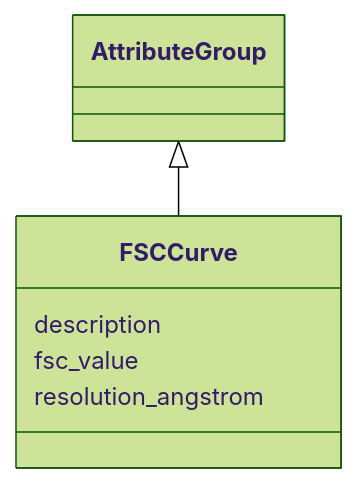
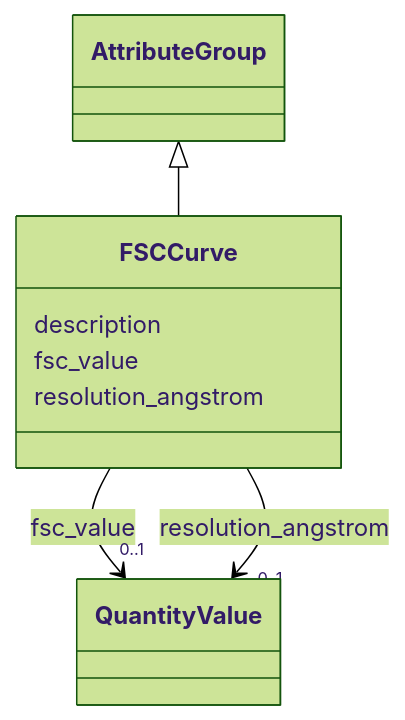
The diagram in docs/elements/FSCCurve.md (lambda-ber/lambda-ber-schema), drawn with Mermaid (forest theme) before and after one commit. The commit also changed other lines of this file and 404 other files, not shown here.

Commit message:
Update schema artifacts

````diff
--- a/docs/elements/FSCCurve.md
+++ b/docs/elements/FSCCurve.md
@@ -26,15 +26,33 @@
 ```mermaid
  classDiagram
     class FSCCurve
     click FSCCurve href "../FSCCurve/"
       AttributeGroup <|-- FSCCurve
         click AttributeGroup href "../AttributeGroup/"
       
       FSCCurve : description
         
       FSCCurve : fsc_value
         
+          
+    
+        
+        
+        FSCCurve --> "0..1" QuantityValue : fsc_value
+        click QuantityValue href "../QuantityValue/"
+    
+
+        
       FSCCurve : resolution_angstrom
+        
+          
+    
+        
+        
+        FSCCurve --> "0..1" QuantityValue : resolution_angstrom
+        click QuantityValue href "../QuantityValue/"
+    
+
         
       
 ```
````
